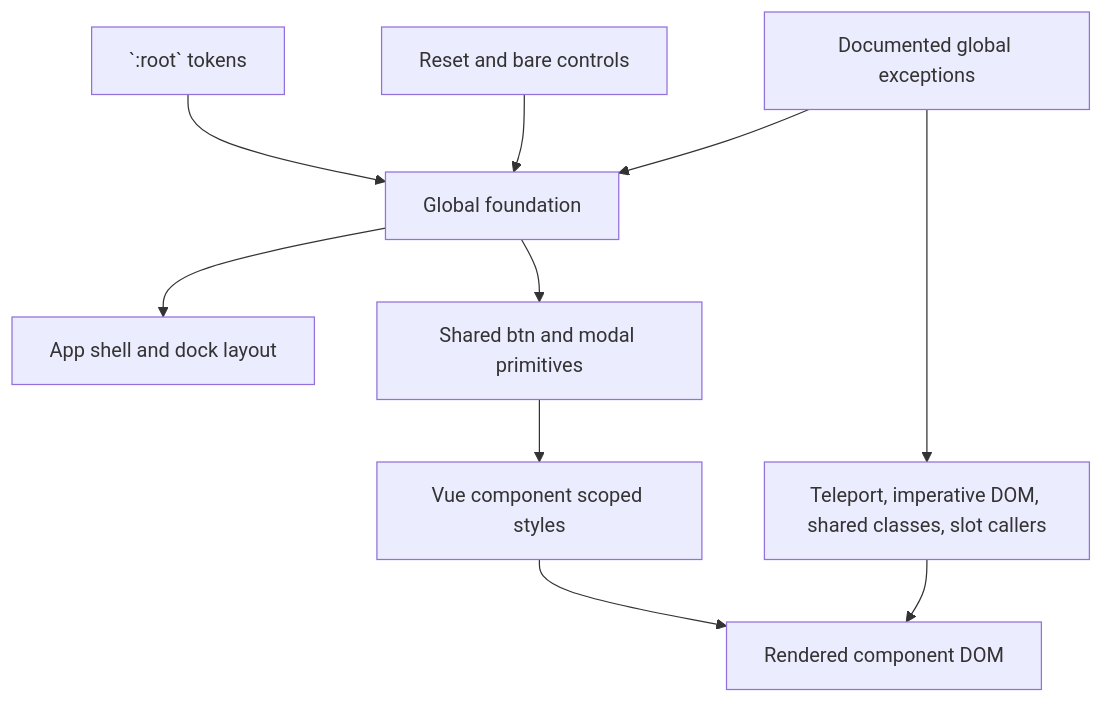
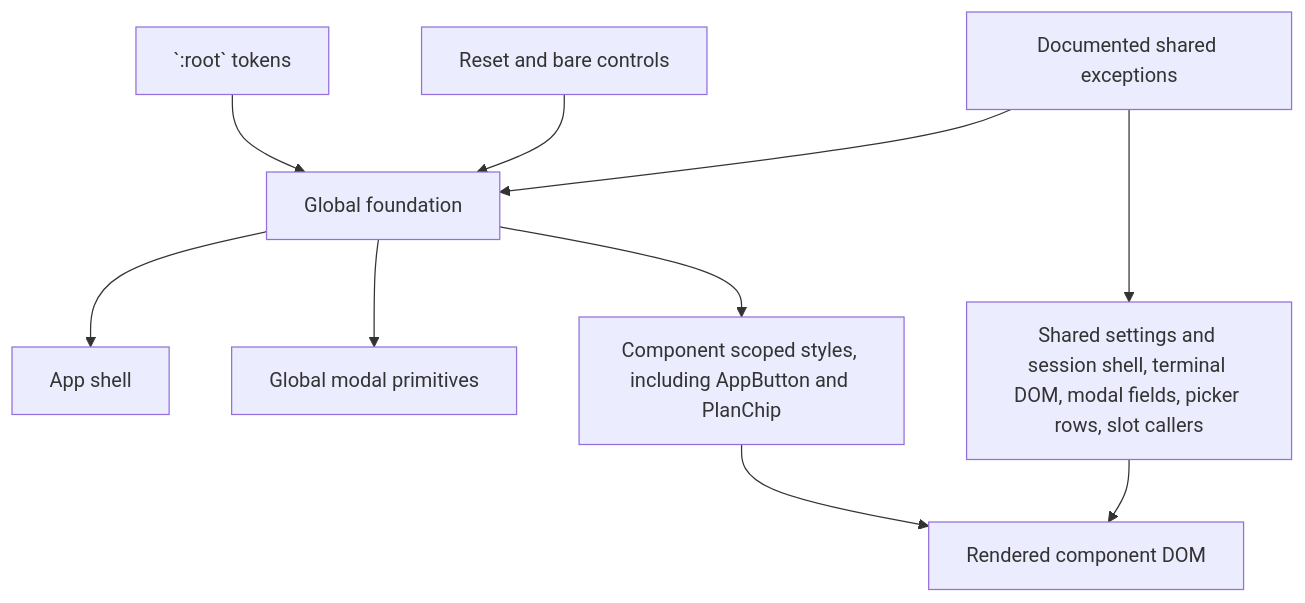
The diagram in docs/css-architecture.md (PetePeter/helm), drawn with Mermaid before and after one commit. The commit also changed other lines of this file and 122 other files, not shown here.

First line of the commit message:
refactor: Vue component cleanup (Badge, AppButton, SectionHeader, ToggleRow)

````diff
--- a/docs/css-architecture.md
+++ b/docs/css-architecture.md
@@ -138,12 +152,12 @@
 ```mermaid
 flowchart TD
   T[`:root` tokens] --> G[Global foundation]
   R[Reset and bare controls] --> G
-  G --> S[App shell and dock layout]
-  G --> P[Shared btn and modal primitives]
-  X[Documented global exceptions] --> G
-  P --> C[Vue component scoped styles]
-  X --> D[Teleport, imperative DOM, shared classes, slot callers]
+  G --> S[App shell]
+  G --> M[Global modal primitives]
+  X[Documented shared exceptions] --> G
+  G --> C[Component scoped styles, including AppButton and PlanChip]
+  X --> D[Shared settings and session shell, terminal DOM, modal fields, picker rows, slot callers]
   C --> V[Rendered component DOM]
   D --> V
 ```
````
